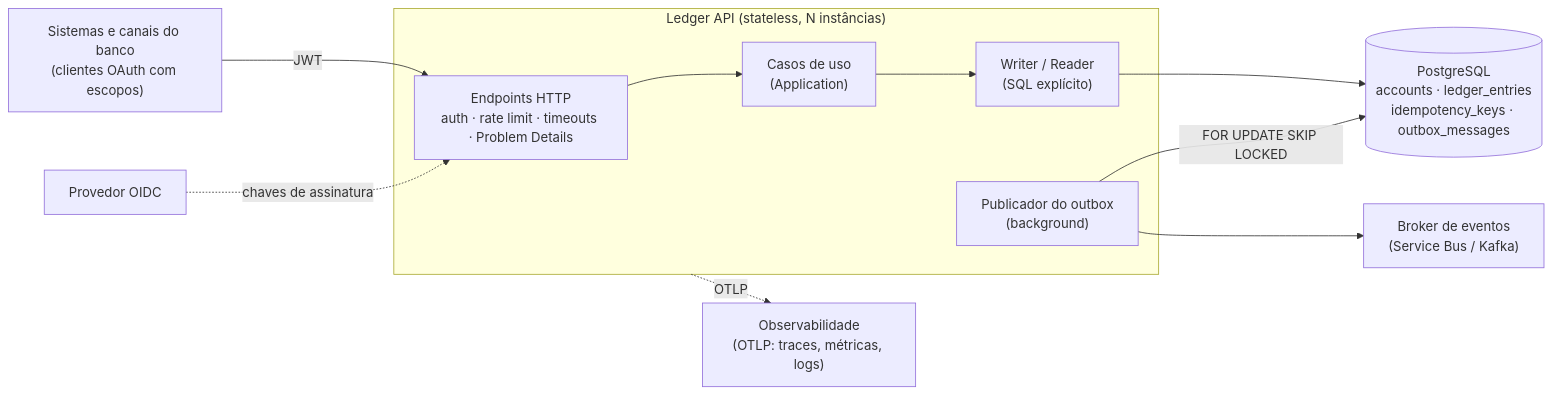
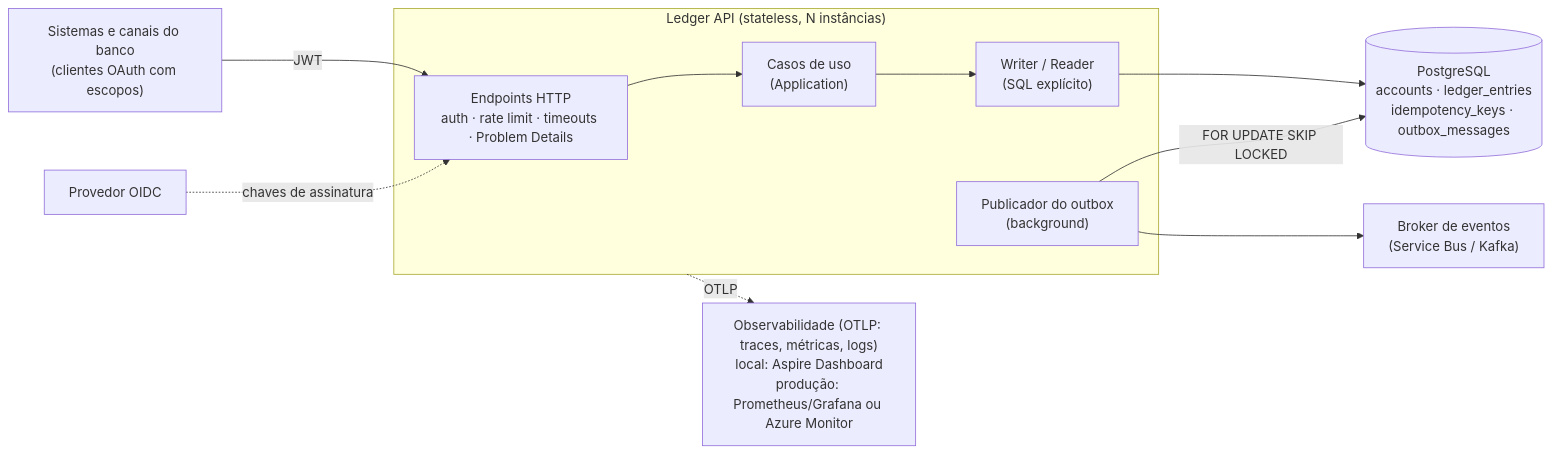
Before and after one commit to jaquiel/bank-ledger: the first of 3 diagrams in docs/architecture.md, drawn with Mermaid. The commit also changed other lines of this file and 4 other files, not shown here.

````diff
--- a/docs/architecture.md
+++ b/docs/architecture.md
@@ -14,21 +14,21 @@
 ```mermaid
 flowchart LR
     client["Sistemas e canais do banco<br/>(clientes OAuth com escopos)"]
     idp["Provedor OIDC"]
     subgraph api["Ledger API (stateless, N instâncias)"]
         http["Endpoints HTTP<br/>auth · rate limit · timeouts · Problem Details"]
         app["Casos de uso<br/>(Application)"]
         infra["Writer / Reader<br/>(SQL explícito)"]
         outbox["Publicador do outbox<br/>(background)"]
     end
     db[("PostgreSQL<br/>accounts · ledger_entries<br/>idempotency_keys · outbox_messages")]
     broker["Broker de eventos<br/>(Service Bus / Kafka)"]
-    otel["Observabilidade<br/>(OTLP: traces, métricas, logs)"]
+    otel["Observabilidade (OTLP: traces, métricas, logs)<br/>local: Aspire Dashboard<br/>produção: Prometheus/Grafana ou Azure Monitor"]
 
     client -- "JWT" --> http
     idp -. "chaves de assinatura" .-> http
     http --> app --> infra --> db
     outbox -- "FOR UPDATE SKIP LOCKED" --> db
     outbox --> broker
     api -. "OTLP" .-> otel
 ```
````
